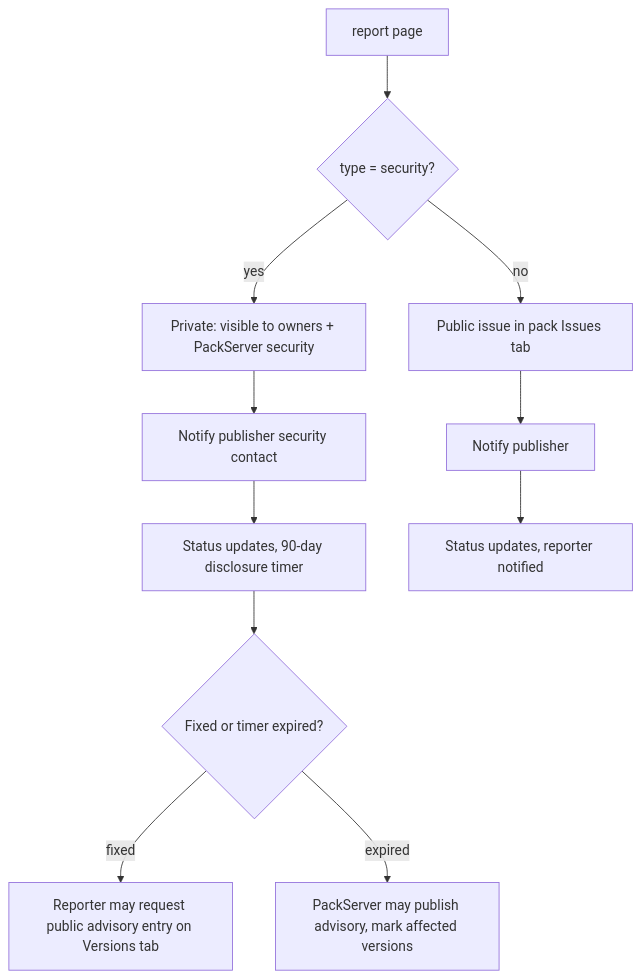
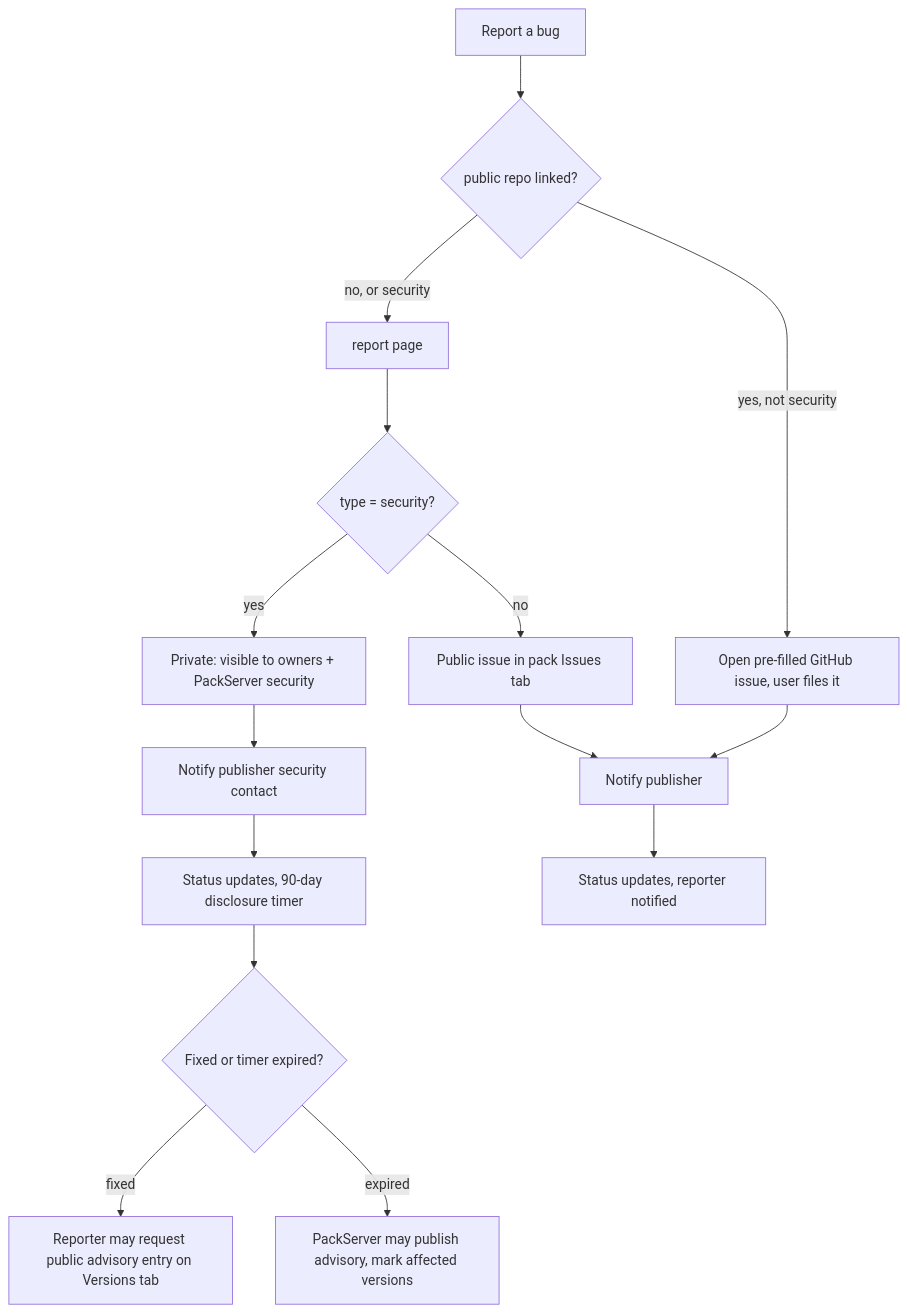
Before and after one commit to Claudinite/PackServer: the fourth of 13 diagrams in docs/ui/flows.md, drawn with Mermaid. The commit also changed other lines of this file and 4 other files, not shown here.

````diff
--- a/docs/ui/flows.md
+++ b/docs/ui/flows.md
@@ -137,13 +149,16 @@
 ```mermaid
 flowchart TD
-  A["report page"] --> B{"type = security?"}
+  R["Report a bug"] --> P{"public repo linked?"}
+  P -- "yes, not security" --> GI["Open pre-filled GitHub issue, user files it"] --> F
+  P -- "no, or security" --> A["report page"]
+  A --> B{"type = security?"}
   B -- yes --> C["Private: visible to owners + PackServer security"]
   B -- no --> D["Public issue in pack Issues tab"]
   C --> E["Notify publisher security contact"]
   D --> F["Notify publisher"]
   E --> G["Status updates, 90-day disclosure timer"]
   F --> H["Status updates, reporter notified"]
   G --> I{"Fixed or timer expired?"}
   I -- fixed --> J["Reporter may request public advisory entry on Versions tab"]
   I -- expired --> K["PackServer may publish advisory, mark affected versions"]
 ```
````
